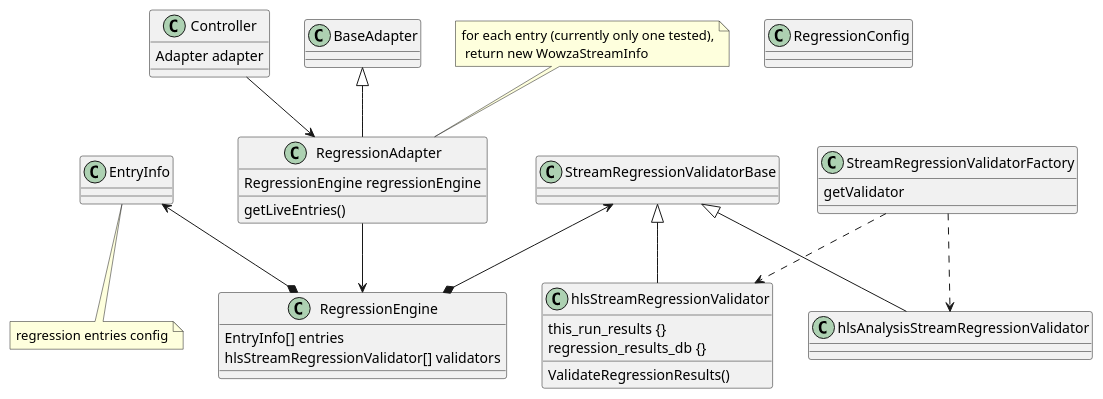
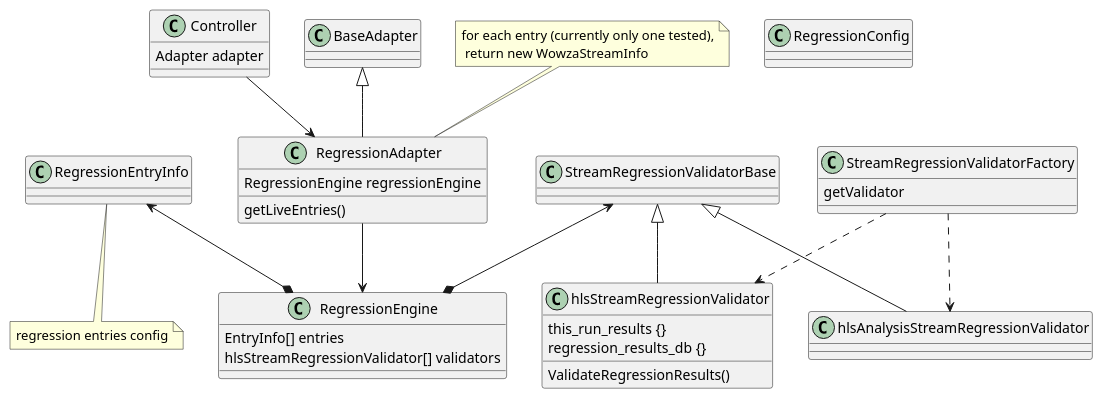
One commit to kaltura/liveDVR changed the diagram in lib/Adapters/RegressionAdapter/RegressionTestStaticDiagram.puml. Above: the diagram before and after it, drawn with PlantUML. The commit also changed 7 other files, not shown here.

```diff
--- a/lib/Adapters/RegressionAdapter/RegressionTestStaticDiagram.puml
+++ b/lib/Adapters/RegressionAdapter/RegressionTestStaticDiagram.puml
@@ -1,61 +1,62 @@
 @startuml
 
 
 class Controller {
 Adapter adapter
 }
 
 class BaseAdapter {
 
 }
 
 class RegressionAdapter {
    RegressionEngine regressionEngine
    getLiveEntries()
 }
 note top: for each entry (currently only one tested),\n return new WowzaStreamInfo
 
 class RegressionEngine {
  EntryInfo[] entries
  hlsStreamRegressionValidator[] validators
 }
 
-class EntryInfo {
+class RegressionEntryInfo {
 
 }
+
 note bottom: regression entries config
 
 class hlsStreamRegressionValidator {
      this_run_results {}
      regression_results_db {}
      ValidateRegressionResults()
 }
 
 class RegressionConfig {
 
 }
 
 class StreamRegressionValidatorFactory {
     getValidator
 }
 
 class StreamRegressionValidatorBase {
 
 }
 
 class  hlsAnalysisStreamRegressionValidator {
 
 }
 
 Controller --> RegressionAdapter
 BaseAdapter <|-- RegressionAdapter
 RegressionAdapter --> RegressionEngine
 StreamRegressionValidatorBase <|-- hlsStreamRegressionValidator
 StreamRegressionValidatorBase <|-- hlsAnalysisStreamRegressionValidator
-EntryInfo <--* RegressionEngine
+RegressionEntryInfo <--* RegressionEngine
 StreamRegressionValidatorBase <--* RegressionEngine
 StreamRegressionValidatorFactory ..> hlsStreamRegressionValidator
 StreamRegressionValidatorFactory ..> hlsAnalysisStreamRegressionValidator
 
 
 @enduml
```
